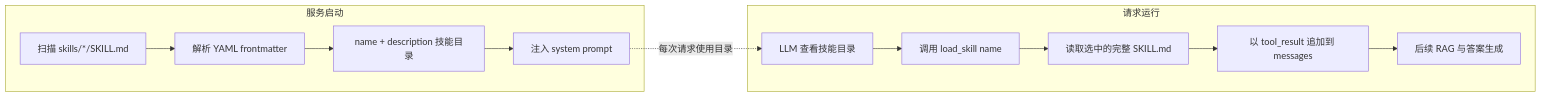
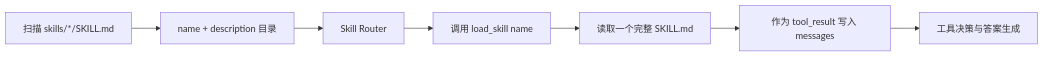
Before and after one commit to Leo8150/LawRAG: the fifth of 8 diagrams in README.md, drawn with Mermaid. The commit also changed other lines of this file and 16 other files, not shown here.

````diff
--- a/README.md
+++ b/README.md
@@ -675,15 +753,9 @@
 ```mermaid
 flowchart LR
-    subgraph START[服务启动]
-        A[扫描 skills/*/SKILL.md] --> B[解析 YAML frontmatter]
-        B --> C[name + description 技能目录]
-        C --> D[注入 system prompt]
-    end
-    subgraph RUNTIME[请求运行]
-        E[LLM 查看技能目录] --> F[调用 load_skill name]
-        F --> G[读取选中的完整 SKILL.md]
-        G --> H[以 tool_result 追加到 messages]
-        H --> I[后续 RAG 与答案生成]
-    end
-    D -.每次请求使用目录.-> E
+    A[扫描 skills/*/SKILL.md] --> B[name + description 目录]
+    B --> C[Skill Router]
+    C --> D[调用 load_skill name]
+    D --> E[读取一个完整 SKILL.md]
+    E --> F[作为 tool_result 写入 messages]
+    F --> G[工具决策与答案生成]
 ```
````
